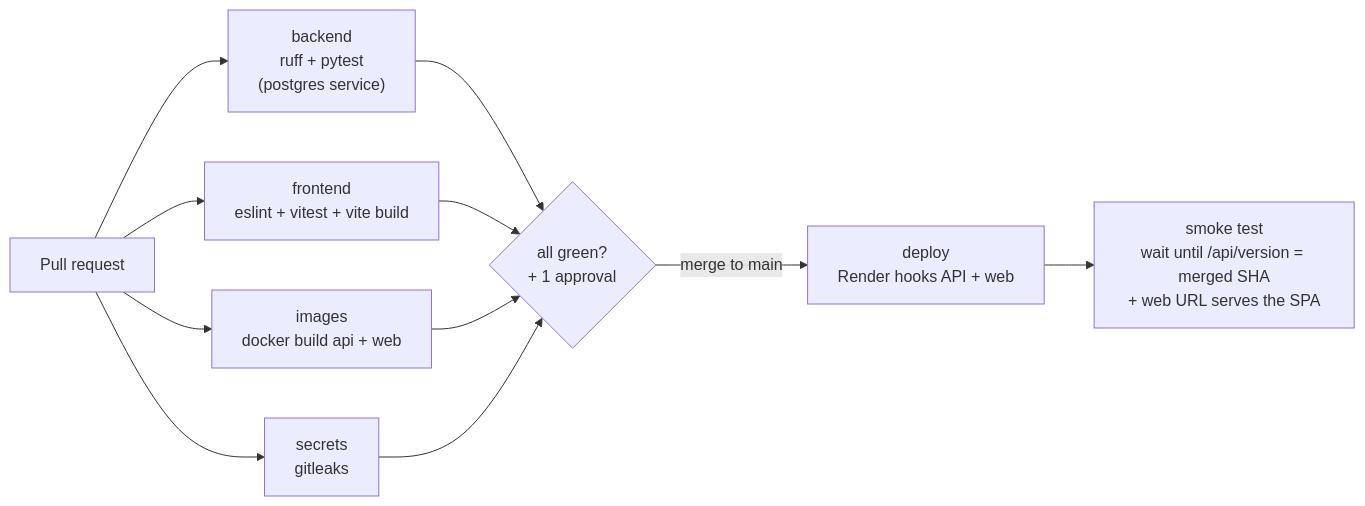
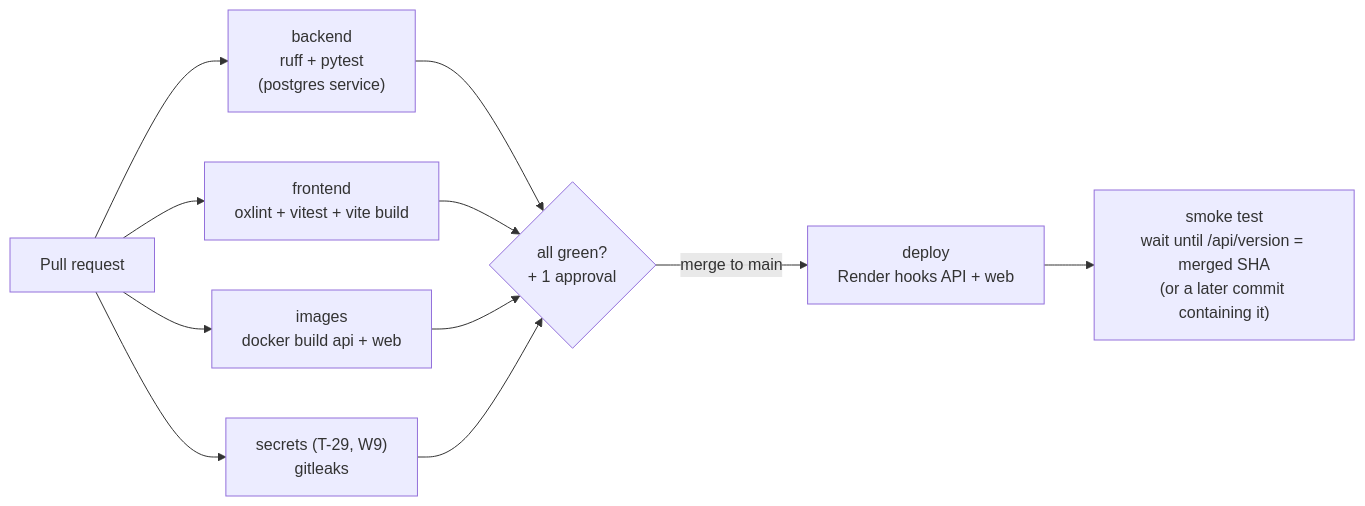
The fifth of 5 diagrams in docs/ARCHITECTURE.md (NeitLN/Fair-Share), drawn with Mermaid before and after one commit. The commit also changed other lines of this file and 3 other files, not shown here.

````diff
--- a/docs/ARCHITECTURE.md
+++ b/docs/ARCHITECTURE.md
@@ -278,10 +279,10 @@
 ```mermaid
 flowchart LR
     PR["Pull request"] --> BE["backend<br/>ruff + pytest<br/>(postgres service)"]
-    PR --> FE["frontend<br/>eslint + vitest + vite build"]
+    PR --> FE["frontend<br/>oxlint + vitest + vite build"]
     PR --> IMG["images<br/>docker build api + web"]
-    PR --> SEC["secrets<br/>gitleaks"]
+    PR --> SEC["secrets (T-29, W9)<br/>gitleaks"]
     BE & FE & IMG & SEC --> GATE{"all green?<br/>+ 1 approval"}
     GATE -- "merge to main" --> DEP["deploy<br/>Render hooks API + web"]
-    DEP --> SMOKE["smoke test<br/>wait until /api/version = merged SHA<br/>+ web URL serves the SPA"]
+    DEP --> SMOKE["smoke test<br/>wait until /api/version = merged SHA<br/>(or a later commit containing it)"]
 ```
````
